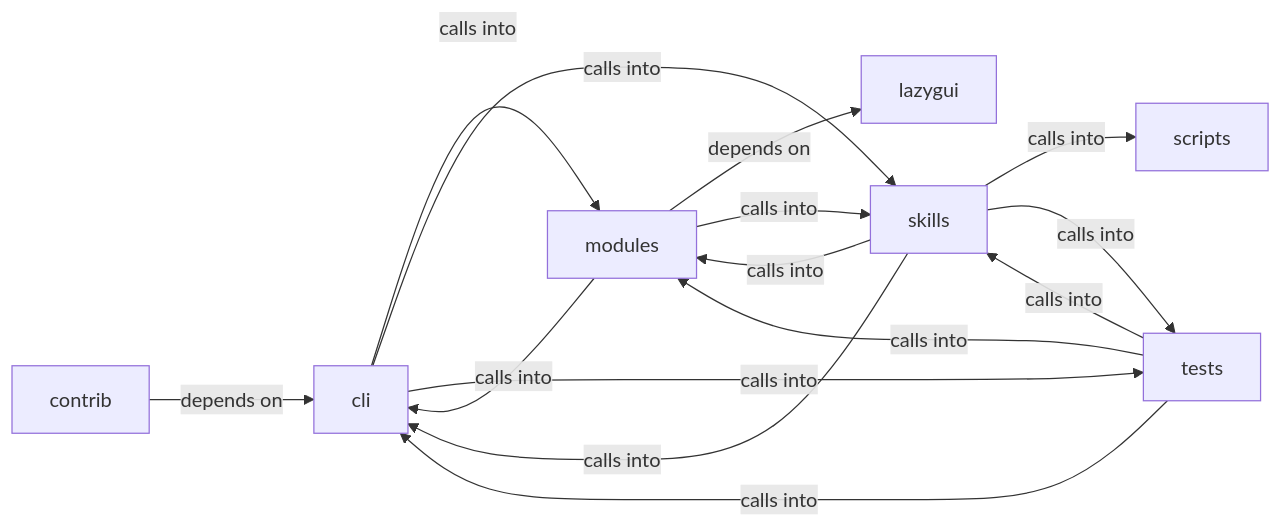
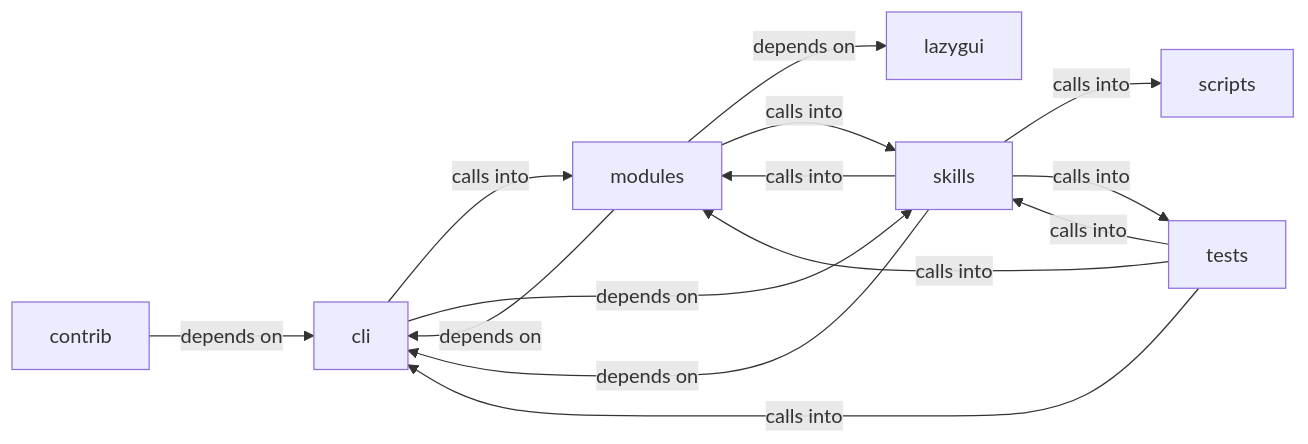
One commit to grisuno/LazyOwn changed the diagram in readmenator-diagrams/modules_autonomous_daemon.md. Above: the diagram before and after it, drawn with Mermaid. The commit also changed other lines of this file and 472 other files, not shown here.

````diff
--- a/readmenator-diagrams/modules_autonomous_daemon.md
+++ b/readmenator-diagrams/modules_autonomous_daemon.md
@@ -5,24 +5,23 @@
 ```mermaid
 graph LR
     cli["cli"]
     contrib["contrib"]
     lazygui["lazygui"]
     modules["modules"]
     scripts["scripts"]
     skills["skills"]
     tests["tests"]
     cli -- "calls into" --> modules
-    cli -- "calls into" --> skills
-    cli -- "calls into" --> tests
+    cli -- "depends on" --> skills
     contrib -- "depends on" --> cli
-    modules -- "calls into" --> cli
+    modules -- "depends on" --> cli
     modules -- "depends on" --> lazygui
     modules -- "calls into" --> skills
-    skills -- "calls into" --> cli
+    skills -- "depends on" --> cli
     skills -- "calls into" --> modules
     skills -- "calls into" --> scripts
     skills -- "calls into" --> tests
     tests -- "calls into" --> cli
     tests -- "calls into" --> modules
     tests -- "calls into" --> skills
 ```
````
